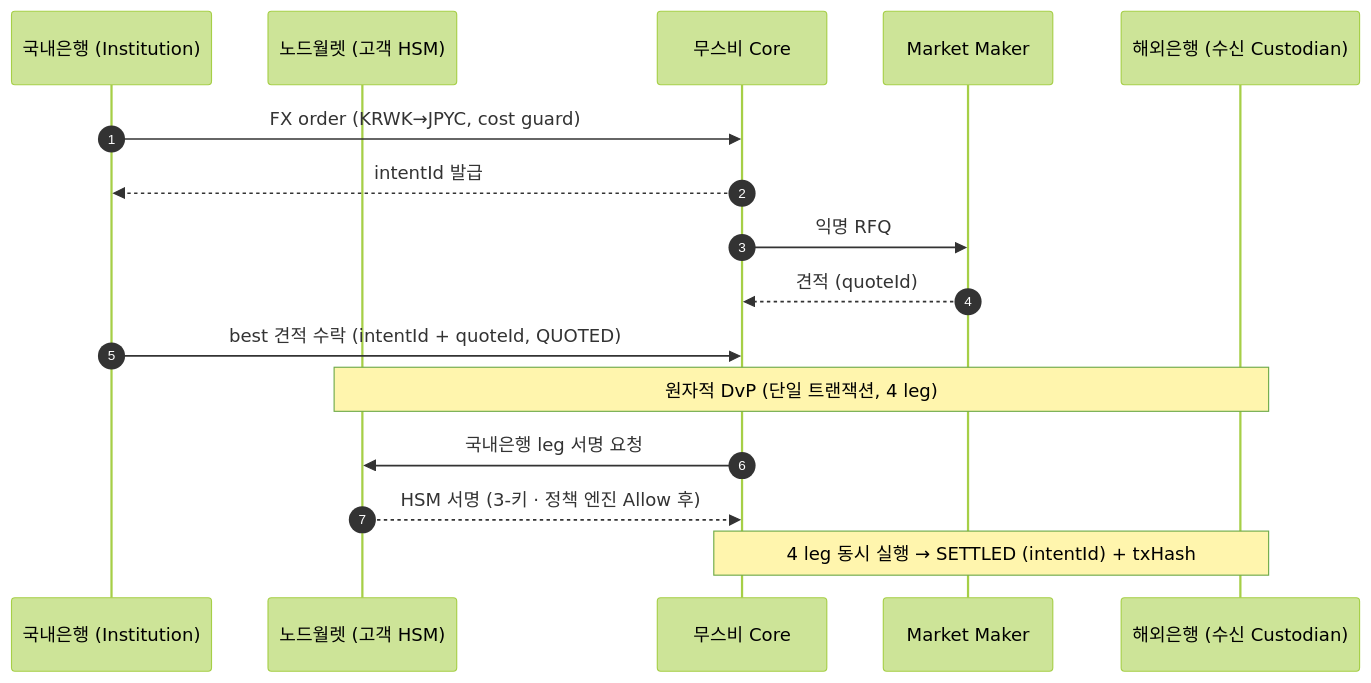
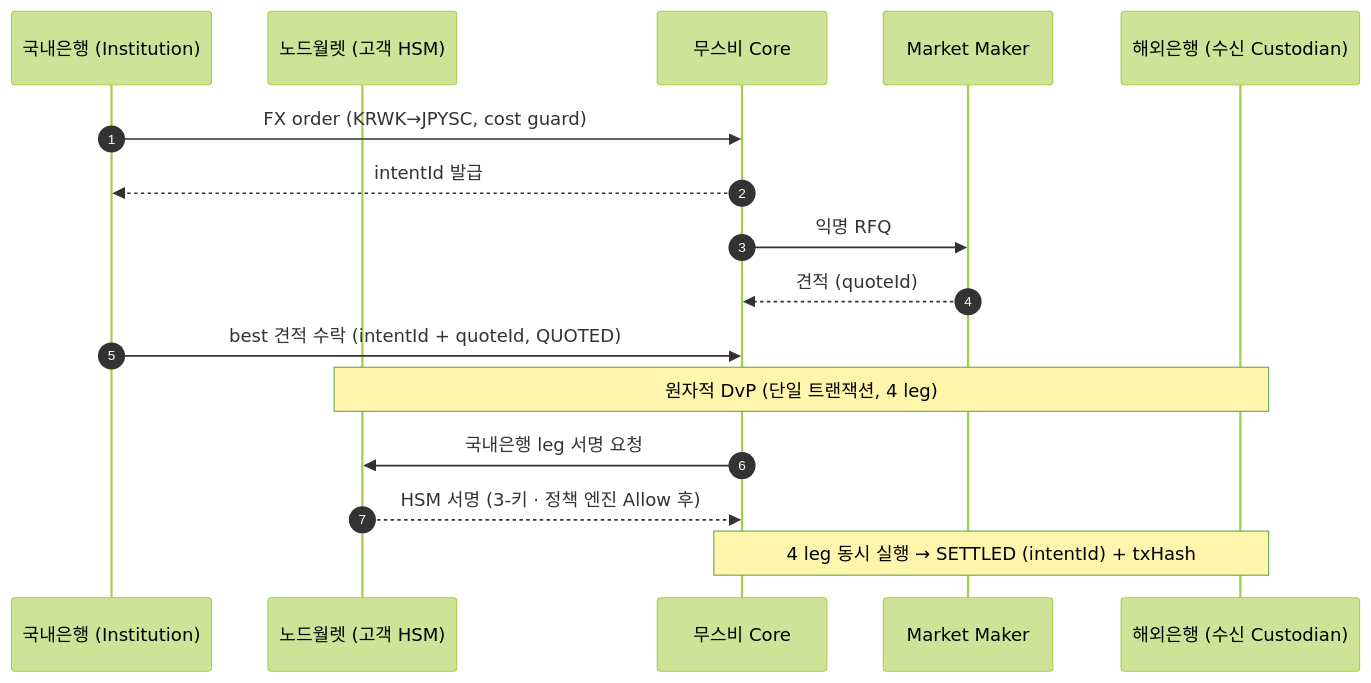
The first of 2 diagrams in dev/docs/poc/wallet-comparison.md (eunsujeo/canton-docs), drawn with Mermaid (forest theme) before and after one commit. The commit also changed other lines of this file and 5 other files, not shown here.

````diff
--- a/dev/docs/poc/wallet-comparison.md
+++ b/dev/docs/poc/wallet-comparison.md
@@ -49,18 +49,18 @@
 ```mermaid
 sequenceDiagram
     autonumber
     participant I as 국내은행 (Institution)
     participant W as 노드월렛 (고객 HSM)
     participant V as 무스비 Core
     participant MM as Market Maker
     participant RC as 해외은행 (수신 Custodian)
-    I->>V: FX order (KRWK→JPYC, cost guard)
+    I->>V: FX order (KRWK→JPYSC, cost guard)
     V-->>I: intentId 발급
     V->>MM: 익명 RFQ
     MM-->>V: 견적 (quoteId)
     I->>V: best 견적 수락 (intentId + quoteId, QUOTED)
     Note over W,RC: 원자적 DvP (단일 트랜잭션, 4 leg)
     V->>W: 국내은행 leg 서명 요청
     W-->>V: HSM 서명 (3-키 · 정책 엔진 Allow 후)
     Note over V,RC: 4 leg 동시 실행 → SETTLED (intentId) + txHash
 ```
````
